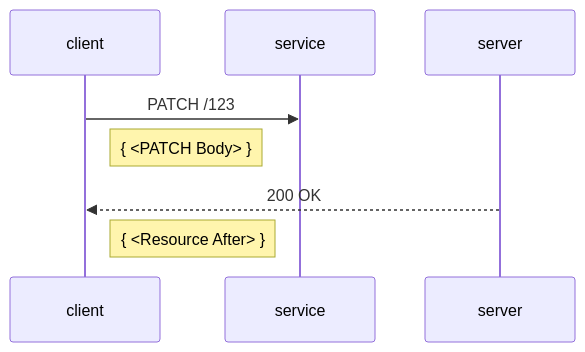
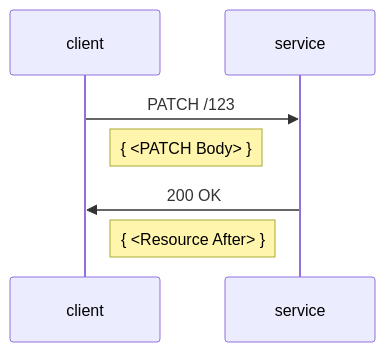
The diagram in patch-models/samples.md (annelo-msft/gists), drawn with Mermaid before and after one commit.

````diff
--- a/patch-models/samples.md
+++ b/patch-models/samples.md
@@ -73,7 +73,7 @@
 ```mermaid
 sequenceDiagram
     client->>service: PATCH /123
     Note right of client: { <PATCH Body> }
-    server-->>client: 200 OK
+    service->>client: 200 OK
     Note left of service: { <Resource After> }
 ```
````
